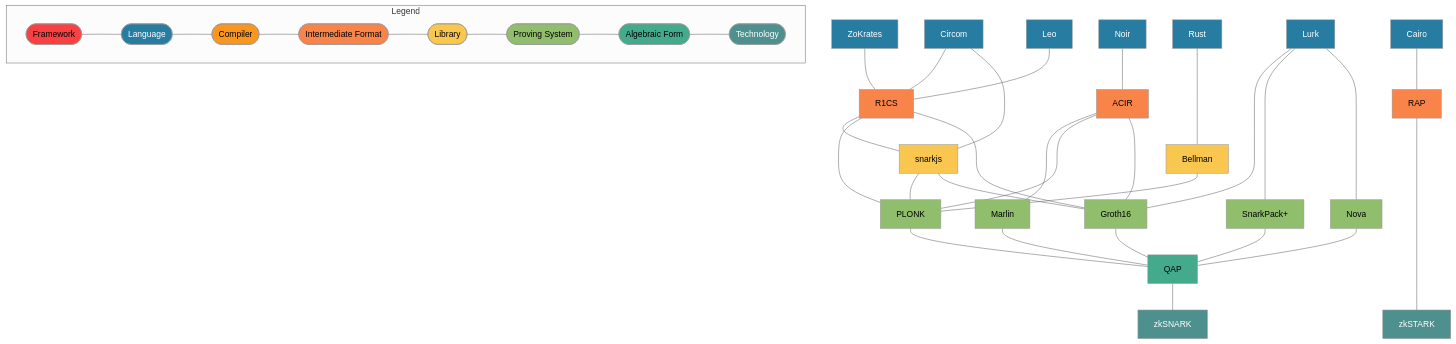
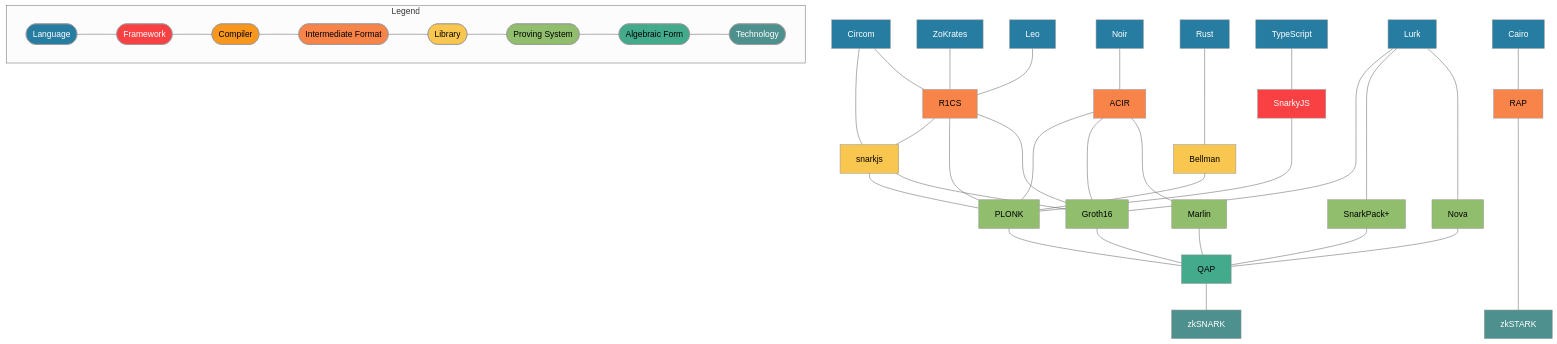
Before and after one commit to alxkzmn/zk-atlas: the diagram in README.md, drawn with Mermaid (neutral theme). The commit also changed other lines of this file, not shown here.

Commit message:
Add Mina's SnarkyJS

````diff
--- a/README.md
+++ b/README.md
@@ -3,65 +5,70 @@
 ```mermaid
 graph TD
-    subgraph Legend
-        Framework([Framework])---Lang([Language])---Compiler([Compiler])---Intermediate([Intermediate Format])---Library([Library])---ProvingSystem([Proving System])---AlgebraicForm([Algebraic Form])---Tech([Technology])
-    end
-    Rust[Rust] ---- Bellman[Bellman]
-    Circom[Circom] --- R1CS[R1CS]
-    snarkjs --- PLONK[PLONK]
-    snarkjs --- Groth16[Groth16]
+    TypeScript --- SnarkyJS
+    Rust ---- Bellman
+    Circom ---- snarkjs 
+    Circom --- R1CS
+    snarkjs --- PLONK
+    snarkjs --- Groth16
     R1CS --- snarkjs
     R1CS --- PLONK
     R1CS --- Groth16
-    Zokrates[ZoKrates] --- R1CS
-    Leo[Leo] --- R1CS
+    ZoKrates --- R1CS
+    Leo --- R1CS
     Bellman --- PLONK
-    Noir[Noir] --- ACIR[ACIR]
-    Marlin[Marlin] --- QAP
+    Noir --- ACIR
+    Marlin --- QAP
     Lurk ----- Groth16
     Lurk ----- SnarkPack[SnarkPack+]
-    Lurk ----- Nova[Nova]
-    Circom ---- snarkjs 
-    Groth16 --- QAP[QAP]
+    Lurk ----- Nova
+    Groth16 --- QAP
     PLONK --- QAP
     SnarkPack --- QAP
     Nova --- QAP
-    ACIR ---- Marlin
     ACIR ---- PLONK
     ACIR ---- Groth16
-    QAP --- zkSNARK[zkSNARK]
-    Cairo[Cairo] --- RAP[RAP]
-    RAP ------ zkSTARK[zkSTARK]
+    ACIR ---- Marlin
+    QAP --- zkSNARK
+    SnarkyJS ---- PLONK
+    Cairo --- RAP
+    RAP ------ zkSTARK
     
-    classDef framework fill:#f94144
+    subgraph Legend
+        direction LR
+        Lang([Language])---Framework([Framework])---Compiler([Compiler])---Intermediate([Intermediate Format])---Library([Library])---ProvingSystem([Proving System])---AlgebraicForm([Algebraic Form])---Tech([Technology])
+    end
+    
+    classDef framework fill:#f94144,color:#fff
     classDef lang fill:#277da1,color:#fff
     classDef compiler fill:#f8961e
     classDef intermediate fill:#f9844a
     classDef lib fill:#f9c74f
     classDef provingSystem fill:#90be6d
     classDef algForm fill:#43aa8b
     classDef tech fill:#4d908e,color:#fff
     classDef color9 fill:#f3722c
     classDef color10 fill:#577590
     
-    class Framework framework
-    class Lang,Circom,Zokrates,Leo,Noir,Cairo,Lurk,Rust lang
+    class Framework,SnarkyJS framework
+    class Lang,Circom,ZoKrates,Leo,Noir,Cairo,Lurk,Rust,TypeScript lang
     class Compiler compiler
     class Intermediate,R1CS,ACIR,RAP intermediate
     class Library,snarkjs,Bellman lib
     class ProvingSystem,Groth16,PLONK,Marlin,SnarkPack,Nova provingSystem
     class AlgebraicForm,QAP algForm
     class Tech,zkSNARK,zkSTARK tech
     
     click Circom href "https://docs.circom.io/"
     click Zokrates href "https://zokrates.github.io/"
     click Leo href "https://leo-lang.org/"
     click Noir href "https://docs.aztec.network/developers/noir"
     click snarkjs href "https://github.com/iden3/snarkjs"
     click Cairo href "https://eprint.iacr.org/2021/1063.pdf"
     click RAP href "https://eprint.iacr.org/2021/1063.pdf"
     click Lurk href "https://github.com/lurk-lang"
     click SnarkPack href "https://research.protocol.ai/blog/2021/snarkpack-how-to-aggregate-snarks-efficiently/"
     click Nova href "https://github.com/microsoft/Nova"
     click Bellman href "https://github.com/matter-labs/bellman"
     click Rust href "https://www.rust-lang.org/"
+    click SnarkyJS href "https://github.com/o1-labs/snarkyjs"
 ```
````
